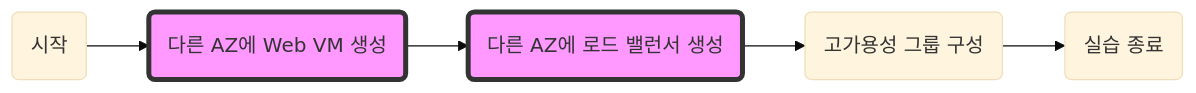
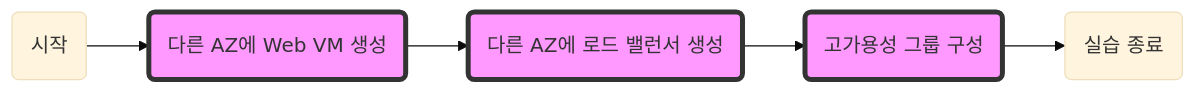
The diagram in EssentialBasicCourse/PracticalTextbook/Lab07.md (leekanghee4/-kakaocloud-edu), drawn with Mermaid (base theme) before and after one commit.

Commit message:
ㅇㅇㅇ

````diff
--- a/EssentialBasicCourse/PracticalTextbook/Lab07.md
+++ b/EssentialBasicCourse/PracticalTextbook/Lab07.md
@@ -5,13 +5,13 @@
 ```mermaid
 graph LR
     시작(시작) --> VM생성(다른 AZ에 Web VM 생성)
     VM생성--> LB생성(다른 AZ에 로드 밸런서 생성)
     LB생성--> HA구성(고가용성 그룹 구성)
     HA구성 --> 종료(실습 종료)
     
     %% 강조
-    class VM생성,LB생성,파일접근,권한설정,LifeCycle설정,버킷삭제 emphasized;
+    class VM생성,LB생성,HA구성,권한설정,LifeCycle설정,버킷삭제 emphasized;
     %% 클래스 스타일
     classDef emphasized fill:#f9f,stroke:#333,stroke-width:4px;
     
 ```
````
